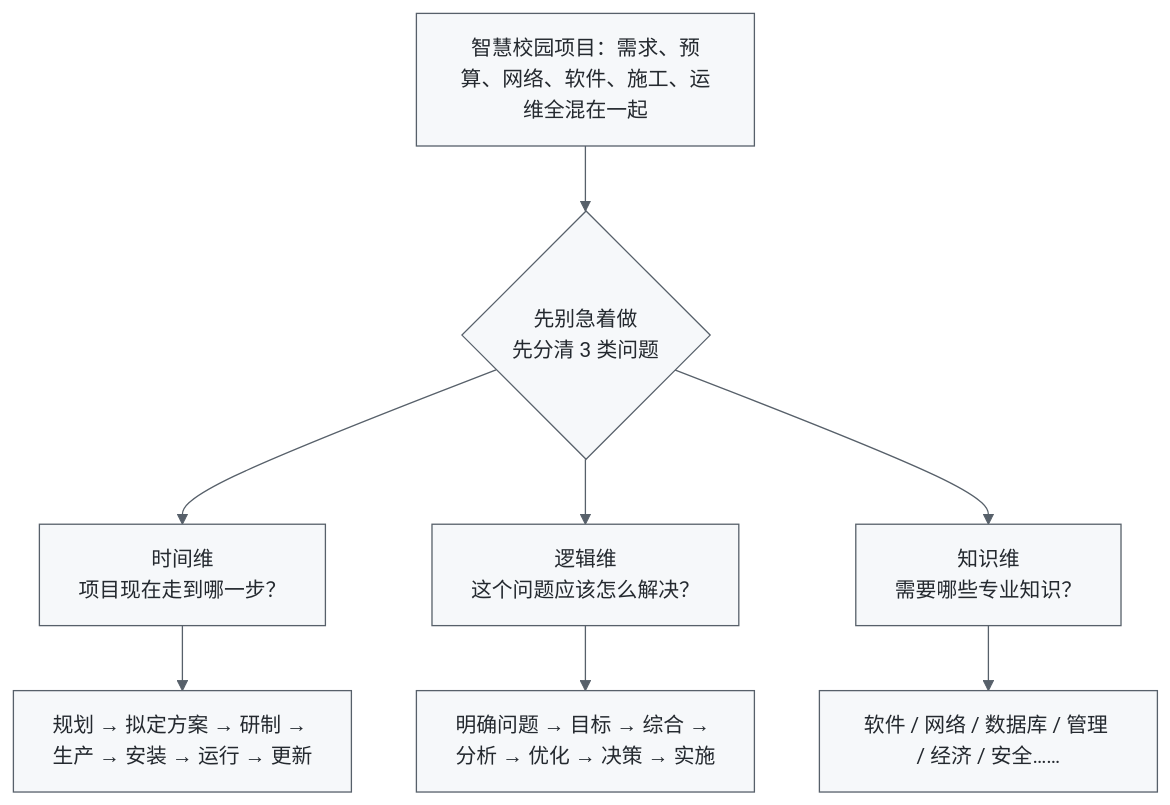
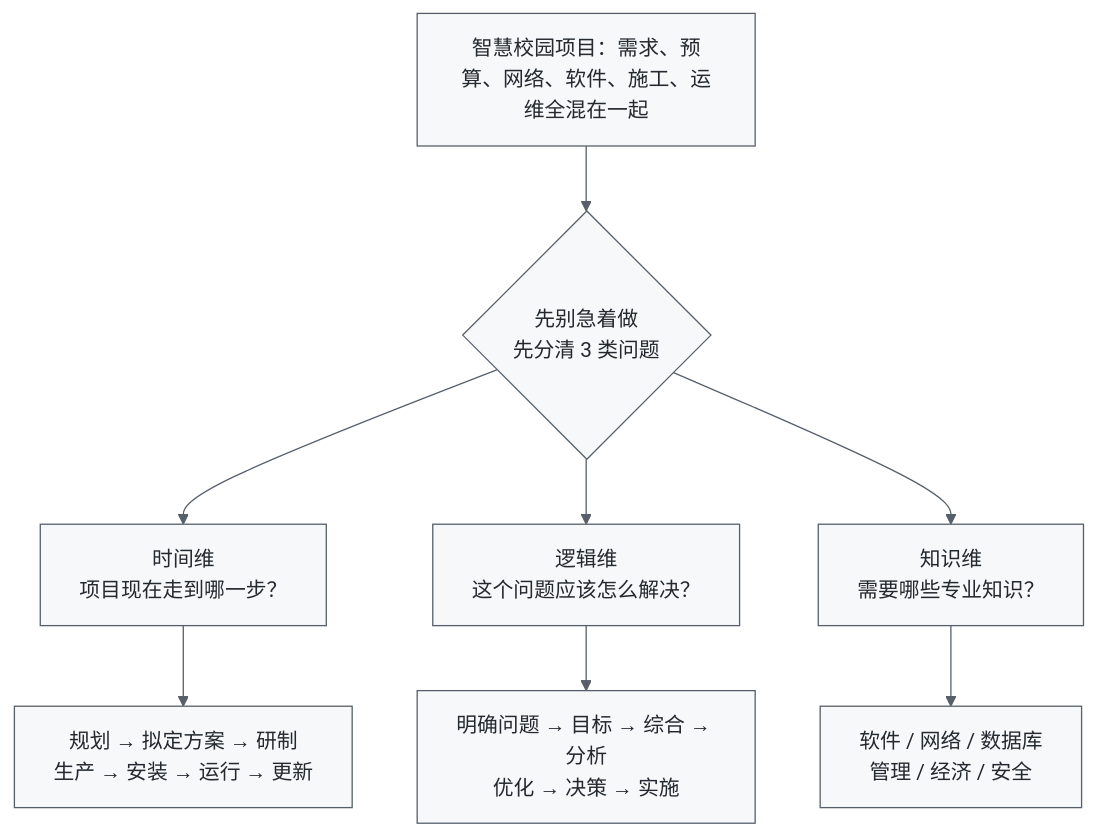
One commit to 74262195/system-architect-notes changed the first of 7 diagrams in 01_综合知识/02_系统工程与信息系统基础/02_系统工程方法/霍尔三维结构.md. Above: the diagram before and after it, drawn with Mermaid. The commit also changed other lines of this file and 2 other files, not shown here.

Commit message:
fix: 让流程图适配屏幕并优化节点文本

````diff
--- a/01_综合知识/02_系统工程与信息系统基础/02_系统工程方法/霍尔三维结构.md
+++ b/01_综合知识/02_系统工程与信息系统基础/02_系统工程方法/霍尔三维结构.md
@@ -82,13 +82,13 @@
 ```mermaid
 %%{init: {"theme":"base","themeVariables":{"fontSize":"16px","primaryColor":"#f6f8fa","primaryTextColor":"#24292f","primaryBorderColor":"#57606a","lineColor":"#57606a","secondaryColor":"#ffffff","tertiaryColor":"#ffffff","edgeLabelBackground":"#ffffff"}}}%%
 flowchart TB
     A["智慧校园项目：需求、预算、网络、软件、施工、运维全混在一起"]
     A --> B{"先别急着做<br/>先分清 3 类问题"}
     B --> T["时间维<br/>项目现在走到哪一步？"]
     B --> L["逻辑维<br/>这个问题应该怎么解决？"]
     B --> K["知识维<br/>需要哪些专业知识？"]
 
-    T --> T1["规划 → 拟定方案 → 研制 → 生产 → 安装 → 运行 → 更新"]
-    L --> L1["明确问题 → 目标 → 综合 → 分析 → 优化 → 决策 → 实施"]
-    K --> K1["软件 / 网络 / 数据库 / 管理 / 经济 / 安全……"]
+    T --> T1["规划 → 拟定方案 → 研制<br/>生产 → 安装 → 运行 → 更新"]
+    L --> L1["明确问题 → 目标 → 综合 → 分析<br/>优化 → 决策 → 实施"]
+    K --> K1["软件 / 网络 / 数据库<br/>管理 / 经济 / 安全"]
 ```
````
